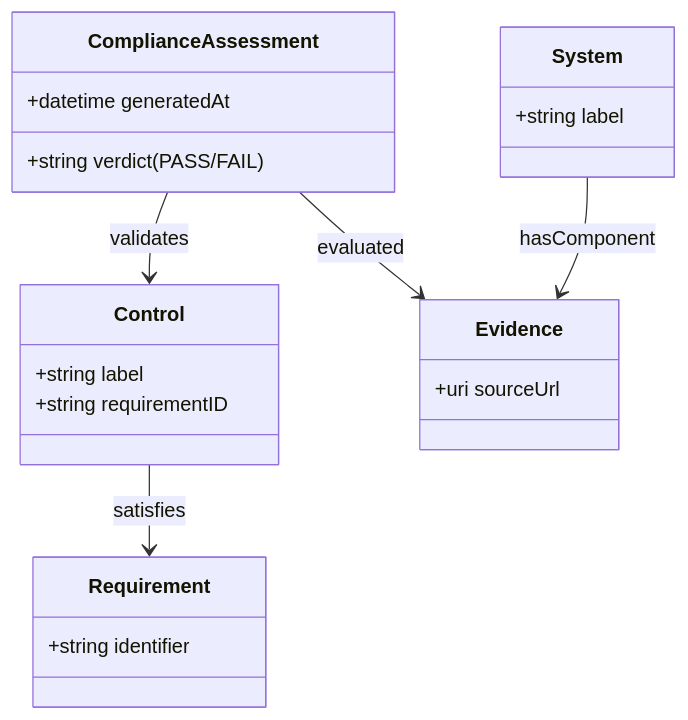
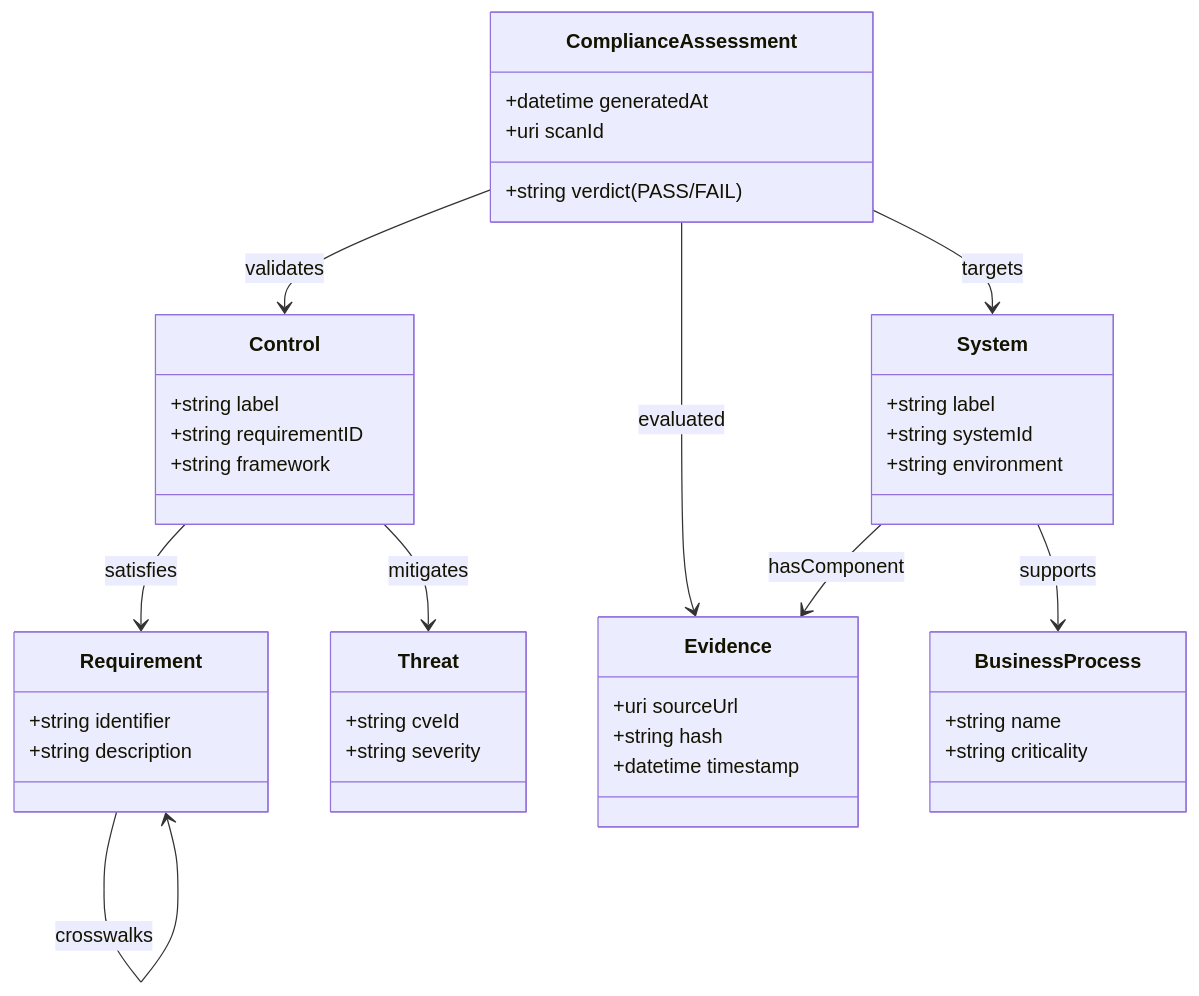
One commit to andreahall12/PACT-compliance-engine changed the tenth of 12 diagrams in docs/architecture.md. Above: the diagram before and after it, drawn with Mermaid. The commit also changed other lines of this file, not shown here.

First line of the commit message:
docs: Comprehensive architecture documentation update

````diff
--- a/docs/architecture.md
+++ b/docs/architecture.md
@@ -92,25 +421,44 @@
 ```mermaid
 classDiagram
     class ComplianceAssessment {
         +datetime generatedAt
         +string verdict (PASS/FAIL)
+        +uri scanId
     }
     class Control {
         +string label
         +string requirementID
+        +string framework
     }
     class Evidence {
         +uri sourceUrl
+        +string hash
+        +datetime timestamp
     }
     class System {
         +string label
+        +string systemId
+        +string environment
     }
     class Requirement {
         +string identifier
+        +string description
+    }
+    class BusinessProcess {
+        +string name
+        +string criticality
+    }
+    class Threat {
+        +string cveId
+        +string severity
     }
 
     ComplianceAssessment --> Control : validates
     ComplianceAssessment --> Evidence : evaluated
+    ComplianceAssessment --> System : targets
     System --> Evidence : hasComponent
+    System --> BusinessProcess : supports
     Control --> Requirement : satisfies
+    Control --> Threat : mitigates
+    Requirement --> Requirement : crosswalks
 ```
````
